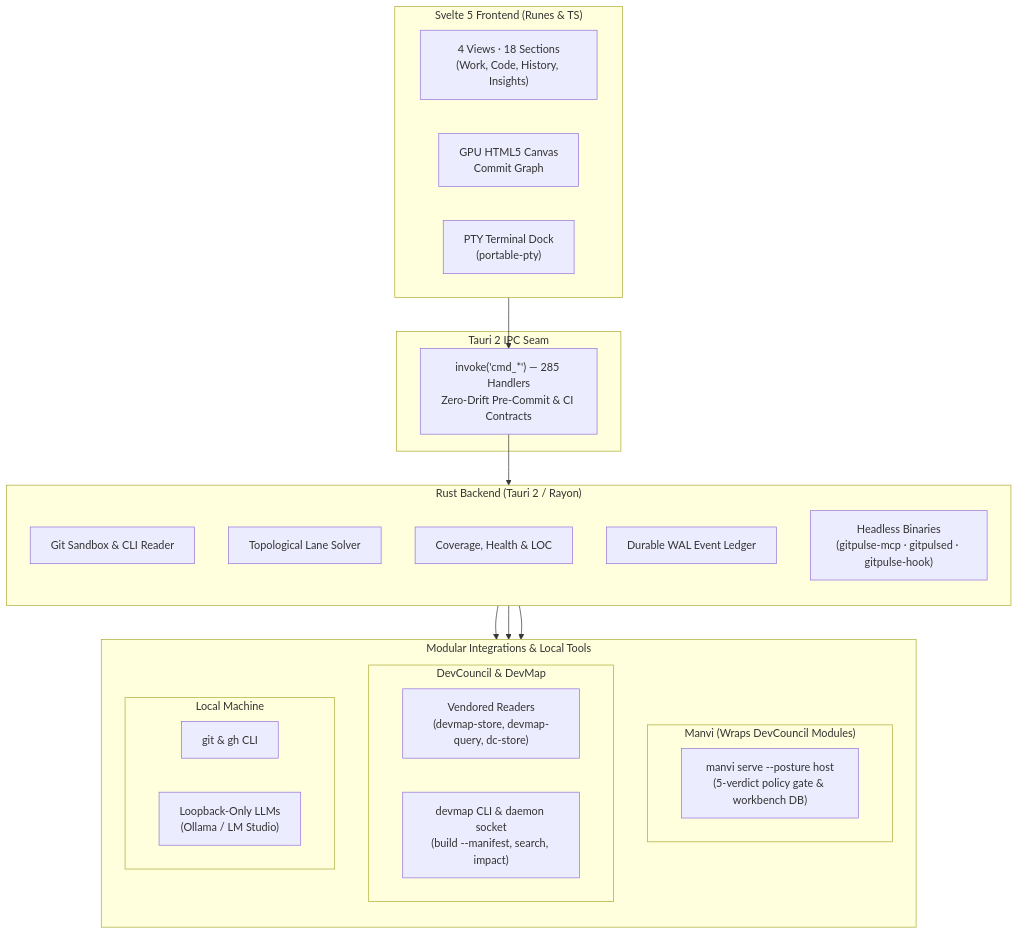
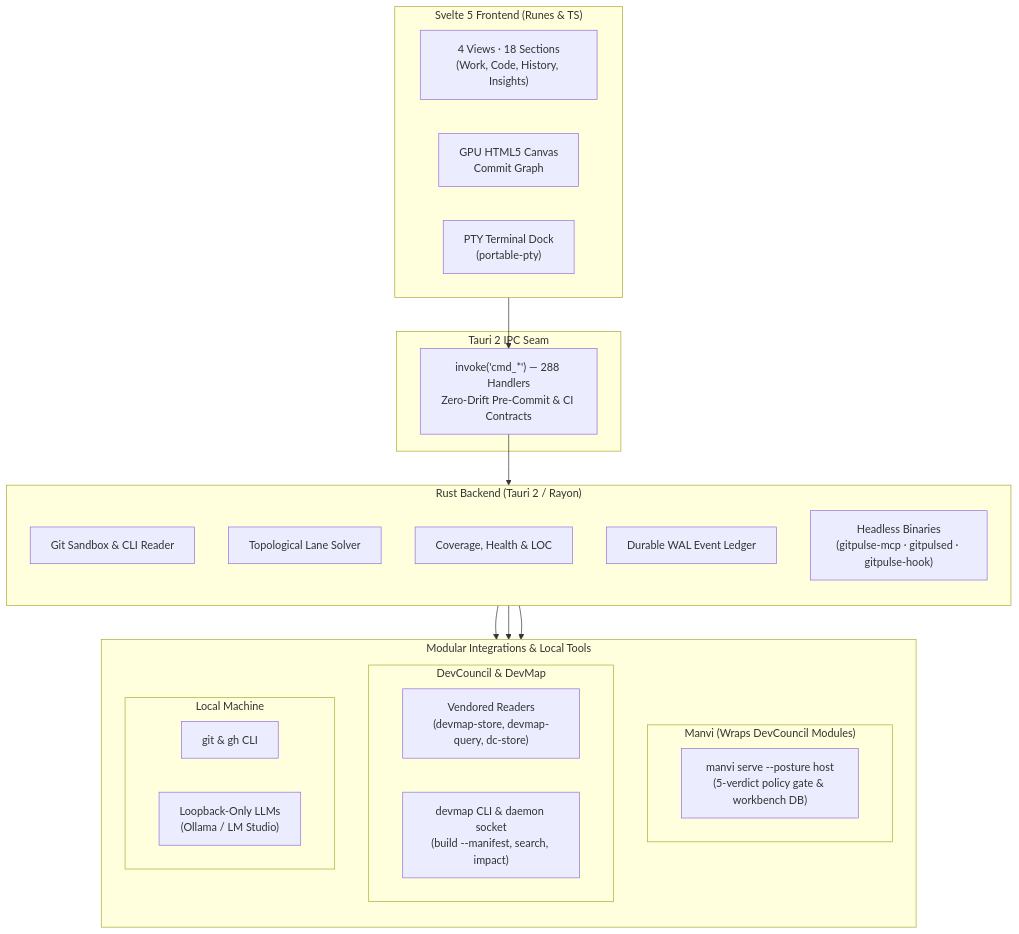
The diagram in README.md (bharathvbcr/GitPulse), drawn with Mermaid before and after one commit. The commit also changed 20 other files, not shown here.

````diff
--- a/README.md
+++ b/README.md
@@ -123,43 +123,43 @@
 ```mermaid
 flowchart TB
     subgraph Frontend["Svelte 5 Frontend (Runes & TS)"]
         direction LR
         Views["4 Views · 18 Sections<br/>(Work, Code, History, Insights)"]
         Canvas["GPU HTML5 Canvas<br/>Commit Graph"]
         TerminalDock["PTY Terminal Dock<br/>(portable-pty)"]
     end
 
     subgraph IPC["Tauri 2 IPC Seam"]
-        Bridge["invoke('cmd_*') — 285 Handlers<br/>Zero-Drift Pre-Commit & CI Contracts"]
+        Bridge["invoke('cmd_*') — 288 Handlers<br/>Zero-Drift Pre-Commit & CI Contracts"]
     end
 
     subgraph Backend["Rust Backend (Tauri 2 / Rayon)"]
         direction TB
         GitEngine["Git Sandbox & CLI Reader"]
         LaneSolver["Topological Lane Solver"]
         Analyzers["Coverage, Health & LOC"]
         Ledger["Durable WAL Event Ledger"]
         Headless["Headless Binaries<br/>(gitpulse-mcp · gitpulsed · gitpulse-hook)"]
     end
 
     subgraph Integrations["Modular Integrations & Local Tools"]
         direction TB
         subgraph ManviWrap["Manvi (Wraps DevCouncil Modules)"]
             ManviSidecar["manvi serve --posture host<br/>(5-verdict policy gate & workbench DB)"]
         end
         subgraph DevCouncilMods["DevCouncil & DevMap"]
             Vendored["Vendored Readers<br/>(devmap-store, devmap-query, dc-store)"]
             DevMapCLI["devmap CLI & daemon socket<br/>(build --manifest, search, impact)"]
         end
         subgraph LocalTools["Local Machine"]
             CLI["git & gh CLI"]
             LocalLLM["Loopback-Only LLMs<br/>(Ollama / LM Studio)"]
         end
     end
 
     Frontend --> Bridge
     Bridge --> Backend
     Backend --> ManviWrap
     Backend --> DevCouncilMods
     Backend --> LocalTools
 ```
````
